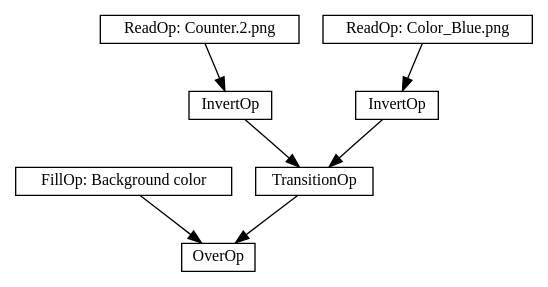
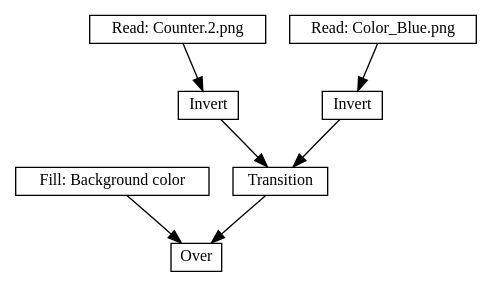
The diagram in images/Transition2Graph.dot (darbyjohnston/toucan), drawn with Graphviz before and after one commit. The commit also changed 5 other files, not shown here.

```diff
--- a/images/Transition2Graph.dot
+++ b/images/Transition2Graph.dot
@@ -1,15 +1,15 @@
 digraph CompositeTracks {
-    FillOp [shape=box, label="FillOp: Background color", fontsize=12, margin=0.05, width=0, height=0]
-    ReadOp [shape=box, label="ReadOp: Counter.2.png", fontsize=12, margin=0.05, width=0, height=0]
-    ReadOp2 [shape=box, label="ReadOp: Color_Blue.png", fontsize=12, margin=0.05, width=0, height=0]
-    InvertOp [shape=box, label="InvertOp", fontsize=12, margin=0.05, width=0, height=0]
-    InvertOp2 [shape=box, label="InvertOp", fontsize=12, margin=0.05, width=0, height=0]
-    TransitionOp [shape=box, label="TransitionOp", fontsize=12, margin=0.05, width=0, height=0]
-    OverOp [shape=box, label="OverOp", fontsize=12, margin=0.05, width=0, height=0]
-    FillOp -> OverOp;
-    ReadOp -> InvertOp;
-    InvertOp -> TransitionOp;
-    ReadOp2 -> InvertOp2;
-    InvertOp2 -> TransitionOp;
-    TransitionOp -> OverOp;
+    Fill [shape=box, label="Fill: Background color", fontsize=12, margin=0.05, width=0, height=0]
+    Read [shape=box, label="Read: Counter.2.png", fontsize=12, margin=0.05, width=0, height=0]
+    Read2 [shape=box, label="Read: Color_Blue.png", fontsize=12, margin=0.05, width=0, height=0]
+    Invert [shape=box, label="Invert", fontsize=12, margin=0.05, width=0, height=0]
+    Invert2 [shape=box, label="Invert", fontsize=12, margin=0.05, width=0, height=0]
+    Transition [shape=box, label="Transition", fontsize=12, margin=0.05, width=0, height=0]
+    Over [shape=box, label="Over", fontsize=12, margin=0.05, width=0, height=0]
+    Fill -> Over;
+    Read -> Invert;
+    Invert -> Transition;
+    Read2 -> Invert2;
+    Invert2 -> Transition;
+    Transition -> Over;
 }
```
